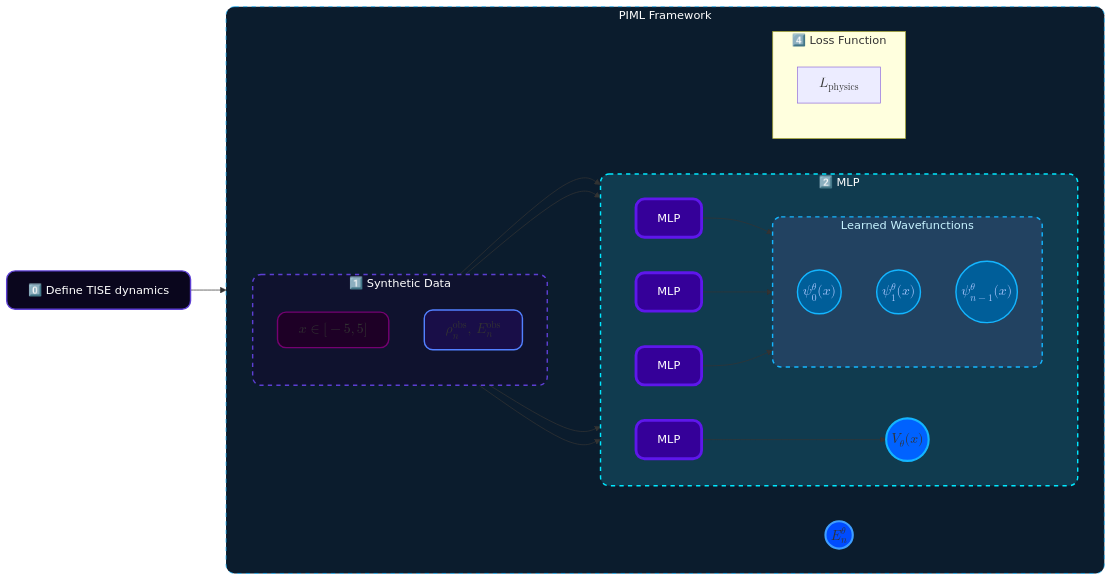
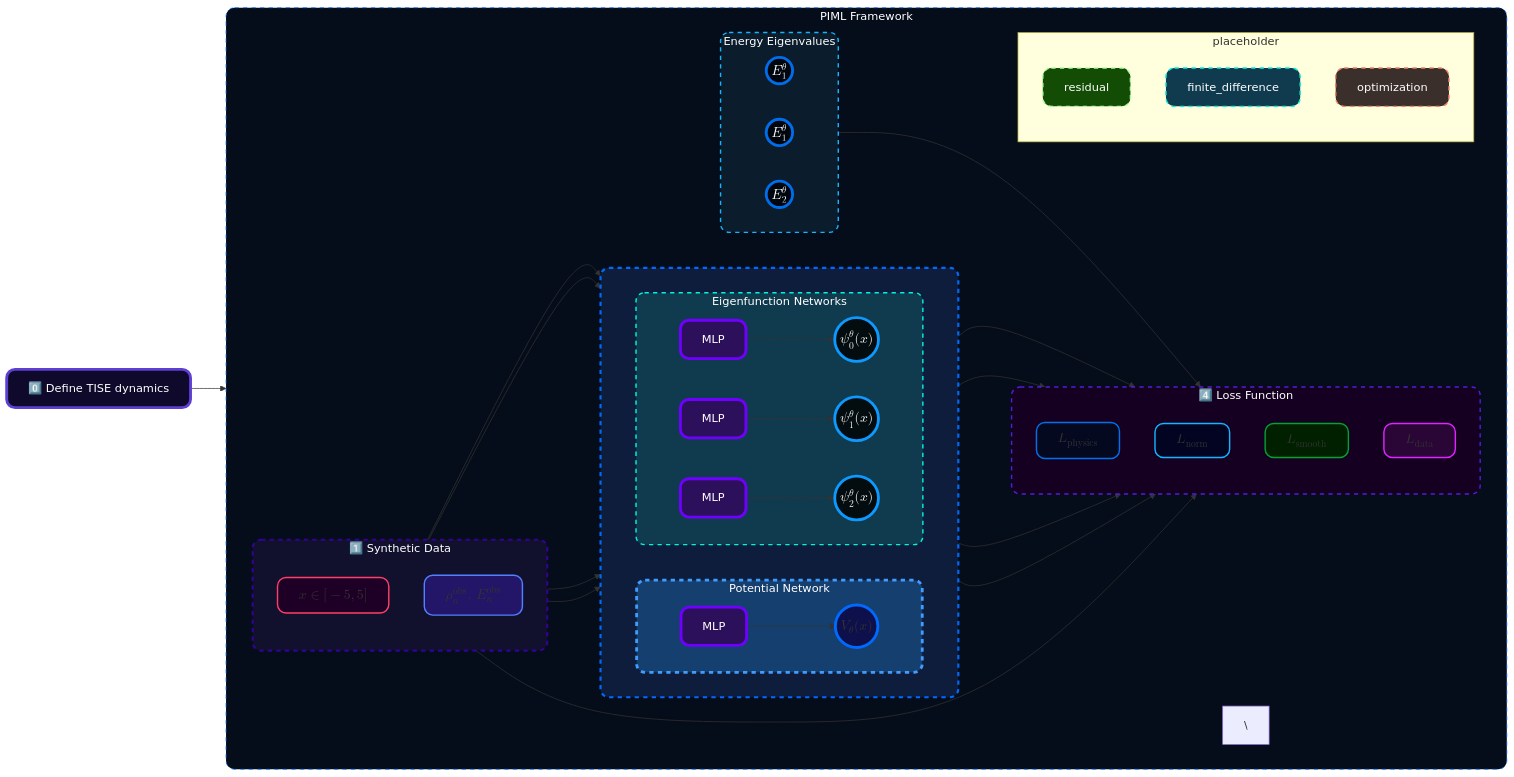
One commit to Scriber-Labs/lf-pinn-inverse-schrodinger changed the diagram in assets/mermaid-diagrams/architecture.mmd. Above: the diagram before and after it, drawn with Mermaid.

Commit message:
spent the better part of the day choosing  colors to make the mermaid diagrams have a pseudogradient. all the code is in the './assets/mermaid-diagrams/' folder

```diff
--- a/assets/mermaid-diagrams/architecture.mmd
+++ b/assets/mermaid-diagrams/architecture.mmd
@@ -1,102 +1,139 @@
 %%====================================================================
 %%  2️⃣ Project 2 Architecture
 %%====================================================================
 %%{ init: {
         "theme": "base",
         "themeVariables": {
             "background": "`#0D1117`",
             "lineColor": "`#14B5FF`",
             "fontFamily": "'Aclonica', sans-serif",
             "borderRadius": "16",
         },
         "handDrawn": true,
     }
 }%%
 %%====================================================================
 
 flowchart LR
 
     %%-----------------------------------------------------------
     %%  NODE DEFINITIONS
     %%-----------------------------------------------------------
     step0["0️⃣ Define TISE dynamics"]
 
     %%-----------------------------------------------------------
     %% CORE PIPELINE (PIML Framework)
     %%--------------------------------------------------------------
     subgraph PIML["PIML Framework"]
-    direction LR
-
+        direction LR
 
         subgraph synthetic["1️⃣ Synthetic Data"]
-        direction TB
-
+            direction TB
             spatial_grid["$$x\in[-5,5]$$"]:::spatial
             observed_data["$$\rho_n^\text{obs}, \, E_n^\text{obs} $$"]
-
         end
 
-
-
-        subgraph PINN["2️⃣ MLP"]
-        direction LR
-
+        subgraph PINN[" "]
+            direction LR
             MLP1["MLP"]:::MLP
             MLP2["MLP"]:::MLP
             MLP3["MLP"]:::MLP
             MLP4["MLP"]:::MLP
 
             potential(("$$V_\theta(x)$$"))
+            wavefunction_0(("$$\psi_0^\theta(x)$$")):::eigenfunctions
+            wavefunctions_1(("$$\psi_1^\theta(x)$$")):::eigenfunctions
+            wavefunctions_2(("$$\psi_2^\theta(x)$$")):::eigenfunctions
 
-            MLP1 --> potential
-            subgraph wavefunctions["Learned Wavefunctions"]
-            direction TB
-                wavefunction_0(("$$\psi_0^\theta(x)$$")):::wavefunction
-                wavefunction_1(("$$\psi_1^\theta(x)$$")):::wavefunction
-                wavefunction_final(("$$\psi_{n-1}^\theta(x)$$")):::wavefunction
+
+            subgraph potential_network["Potential Network"]
+                direction LR
+
+                MLP1 --> potential
 
 
             end
 
-            MLP2 --> wavefunction_0
-            MLP3 --> wavefunction_1
-            MLP4 --> wavefunction_final
+            subgraph eigenfunction_networks["Eigenfunction Networks"]
+                direction LR
+                MLP2 --> wavefunction_0
+                MLP3 --> wavefunctions_1
+                MLP4 --> wavefunctions_2
+            end
+
+        end
+
+        subgraph energy_eigenvalues["Energy Eigenvalues"]
+        direction LR
+            energy_0(("$$E_1^\theta$$")):::energy
+            energy_1(("$$E_1^\theta$$")):::energy
+            energy_2(("$$E_2^\theta$$")):::energy
+        end
+
+
+        spatial_grid --> MLP1
+        spatial_grid --> MLP2
+        spatial_grid --> MLP3
+        spatial_grid --> MLP4
+
+\
+        subgraph loss["4️⃣ Loss Function"]
+            direction TB
+
+            loss_physics["$$\mathcal{L}_\text{physics}$$"]
+            loss_norm["$$\mathcal{L}_\text{norm}$$"]
+            loss_smooth["$$\mathcal{L}_\text{smooth}$$"]
+            loss_data["$$\mathcal{L}_\text{data}$$"]
+
+        end
+
+        observed_data --> loss_data
+        potential --> loss_physics
+        potential --> loss_smooth
+        eigenfunction_networks --> loss_physics
+        eigenfunction_networks --> loss_norm
+
+        energy_eigenvalues --> loss_data
+
+        subgraph placeholder
+            direction TB
+            residual
+            finite_difference
+            optimization
+        end
+
+
+    end
 
 
 
-        end
-
-        subgraph loss["4️⃣ Loss Function"]
-        direction TB
-
-            loss_physics["$$L_\text{physics}$$"]
-        end
-
-    spatial_grid --> MLP1
-    spatial_grid --> MLP2
-    spatial_grid --> MLP3
-    spatial_grid --> MLP4
-
-    energy(("$$E_n^\theta$$"))
-
-
-    end
     %%-----------------------------------------------------------
     %%  External connections
     %%-----------------------------------------------------------
     step0 --> PIML
 
+
     %%-----------------------------------------------------------
     %%  STYLE DEFINITIONS (inline, no external CSS)
     %%-----------------------------------------------------------
-    style step0 fill:#0A061D,stroke:#5D3FD3,stroke-width:2px,color:#ffffff,rx:12,ry:12;
-    style PIML fill:#0B1C2D,stroke:#14b5ff,stroke-width:1px,color:#ffffff,stroke-dasharray: 6 6,rx:12,ry:12;
-    style synthetic fill:#11112ECE,stroke:#5D3FD3,stroke-dasharray:6 6,stroke-width:2px,color:#ffffff,rx:12,ry:12;
-    style spatial_grid fill:#1E0026,stroke:#750071,stroke-width:2px,color:#ffffff,rx:12,ry:12;
-    style observed_data fill:#190E48,stroke:#5280ff,stroke-width:2px,color:#ffffff,rx:12,ry:12;
-    classDef wavefunction fill:#005E99,stroke:#14B5FF,stroke-width:2px,color:#adc8ff,rx:12,ry:12;
-    style wavefunctions fill:#224261,stroke:#14B5FF,stroke-width:2px,stroke-dasharray:6 6,color:#C7F3FF,rx:12,ry:12;
-    style PINN fill:#103b4f,stroke:#00E8FF,stroke-width:2px,color:#ffffff,stroke-dasharray: 6 6,rx:12,ry:12;
-    classDef MLP fill:#350099,stroke:#5E17EB,stroke-width:4px,color:#ffffff,rx:12,ry:12;
-    style potential fill:#0062FF,stroke:#14B5FF,stroke-width:3px,color:#ffffff,rx:12,ry:12;
-    style energy width:480px,height:240px,fill:#004cff,stroke:#3e9eff,stroke-width:3px,color:#ffffff,rx:12,ry:12;
+    style step0 fill:#0f092b,stroke:#5D3FD3,stroke-width:4px,color:#ffffff,rx:12,ry:12;
+    style PIML fill:#050c1a,stroke:#006aff,stroke-width:1px,color:#ffffff,stroke-dasharray: 6 6,rx:12,ry:12;
+    style synthetic fill:#11112E,stroke:#330099,stroke-dasharray:6 6,stroke-width:3px,color:#ffffff,rx:12,ry:12;
+    style spatial_grid fill:#1E0026,stroke:#ff3e69,stroke-width:2px,color:#ffffff,rx:12,ry:12;
+    style observed_data fill:#231567,stroke:#5280ff,stroke-width:2px,color:#ffffff,rx:12,ry:12;
+    classDef eigenfunctions fill:#030c0e,stroke:#0e99ff,stroke-width:4px,color:#ffffff,rx:12,ry:12;
+    style eigenfunction_networks fill:#103b4f,stroke:#00f5db,stroke-width:2px,color:#ffffff,stroke-dasharray: 6 6,rx:12,ry:12;
+    style PINN fill:#0e1d3b,stroke:#006aff,stroke-width:3px,color:#ffffff,stroke-dasharray: 6 6,rx:12,ry:12;
+    classDef MLP fill:#2d105c,stroke:#6f00ff,stroke-width:4px,color:#ffffff,rx:12,ry:12;
+    style potential width:480px,height:240px,fill:#0e104b,stroke:#006AFF,stroke-width:4px,color:#ffffff,rx:12,ry:12;
+    style potential_network fill:#153f6e,stroke:#409CFF,stroke-width:4px,color:#ffffff,stroke-dasharray: 6 6,rx:12,ry:12;
+    classDef energy fill:#00060d,stroke:#006eeb,stroke-width:4px,color:#ffffff,rx:12,ry:12;
+    style loss fill:#150021,stroke:#541bda,stroke-width:2px,color:#ffffff,stroke-dasharray: 6 6,rx:12,ry:12;
+    style loss_physics fill:#040920,stroke:#0070EB,stroke-width:2px,color:#ffffff,rx:12,ry:12;
+    style loss_norm fill:#030422,stroke:#14B5FF,stroke-width:2px,color:#ffffff,rx:12,ry:12;
+    style loss_smooth fill:#002000,stroke:#05a131,stroke-width:2px,color:#ffffff,rx:12,ry:12;
+    style loss_data fill:#2a0636,stroke:#df24ff,stroke-width:2px,color:#ffffff,rx:12,ry:12;
+    style residual fill:#134d05,stroke:#aaff9e,stroke-width:2px,color:#ffffff,stroke-dasharray: 6 6,rx:12,ry:12;
+    style finite_difference fill:#103b4f,stroke:#00f5db,stroke-width:2px,color:#ffffff,stroke-dasharray: 6 6,rx:12,ry:12;
+    style optimization fill:#3a2f2a,stroke:#f78166,stroke-width:2px,color:#ffffff,stroke-dasharray: 6 6,rx:12,ry:12;
+    style energy_eigenvalues fill:#0b1c2d,stroke:#14b5ff,stroke-width:2px,color:#ffffff,stroke-dasharray: 6 6,rx:12,ry:12;
```
